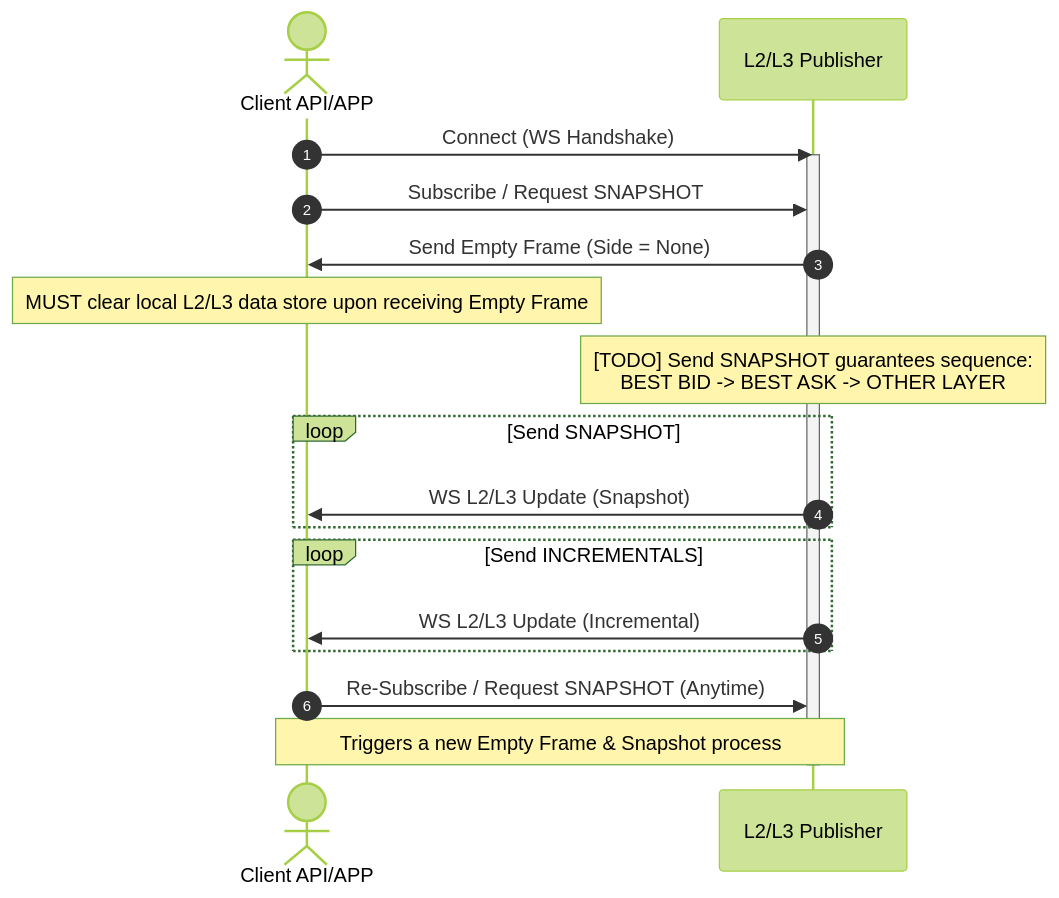
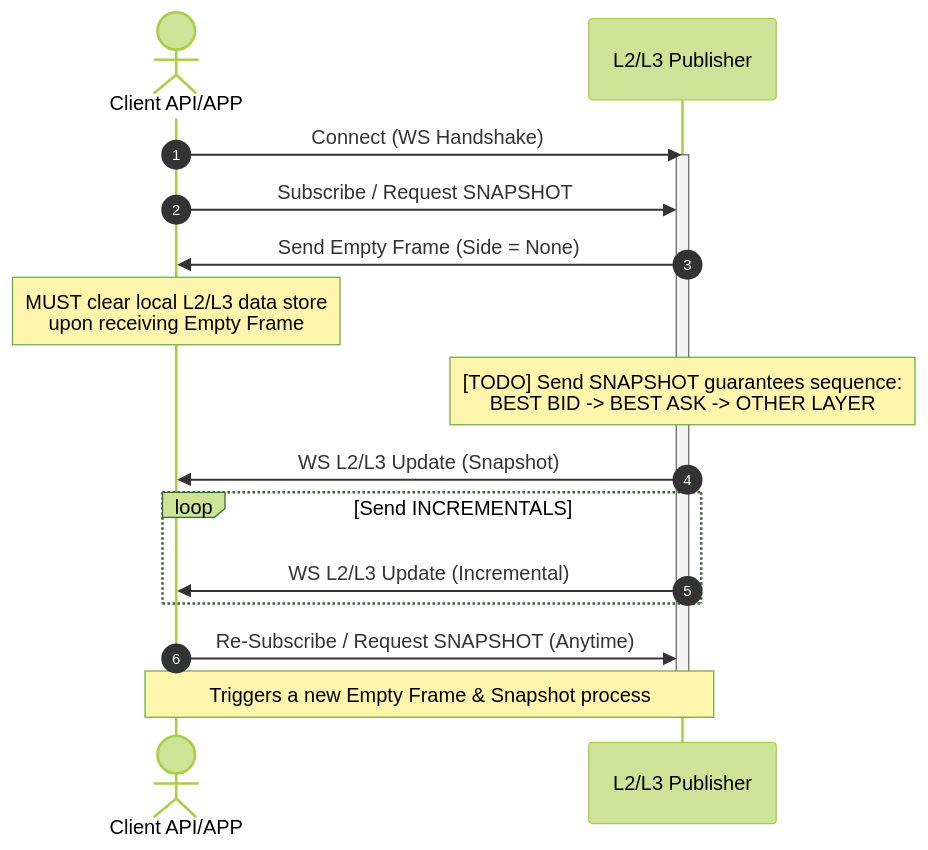
One commit to harvey-euph/exchange changed the third of 7 diagrams in README.md. Above: the diagram before and after it, drawn with Mermaid (forest theme). The commit also changed other lines of this file, not shown here.

````diff
--- a/README.md
+++ b/README.md
@@ -83,29 +88,27 @@
 ```mermaid
 sequenceDiagram
     autonumber
     actor Client as Client API/APP
     participant Pub as L2/L3 Publisher
 
     Client->>Pub: Connect (WS Handshake)
     activate Pub
     
     Client->>Pub: Subscribe / Request SNAPSHOT
     
     Pub->>Client: Send Empty Frame (Side = None)
-    Note over Client: MUST clear local L2/L3 data store upon receiving Empty Frame
+    Note over Client: MUST clear local L2/L3 data store<br/>upon receiving Empty Frame
     
     Note over Pub: [TODO] Send SNAPSHOT guarantees sequence:<br/>BEST BID -> BEST ASK -> OTHER LAYER
     
-    loop Send SNAPSHOT
-        Pub->>Client: WS L2/L3 Update (Snapshot)
-    end
+    Pub->>Client: WS L2/L3 Update (Snapshot)
     
     loop Send INCREMENTALS
         Pub->>Client: WS L2/L3 Update (Incremental)
     end
     
     Client->>Pub: Re-Subscribe / Request SNAPSHOT (Anytime)
     Note over Client, Pub: Triggers a new Empty Frame & Snapshot process
     
     deactivate Pub
 ```
````
